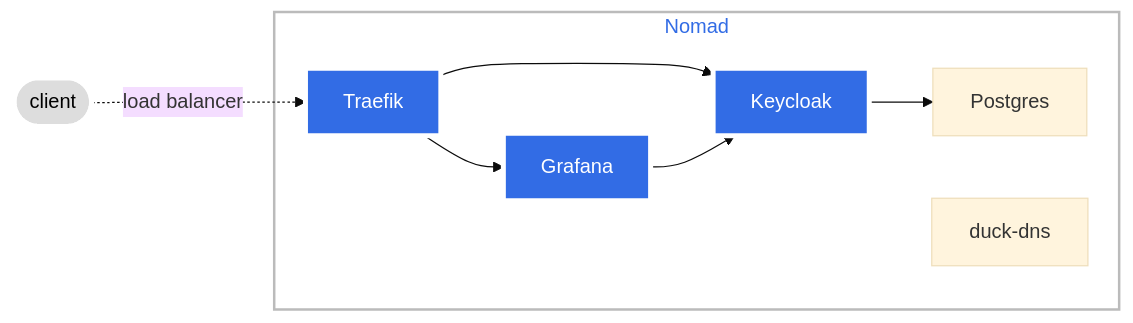
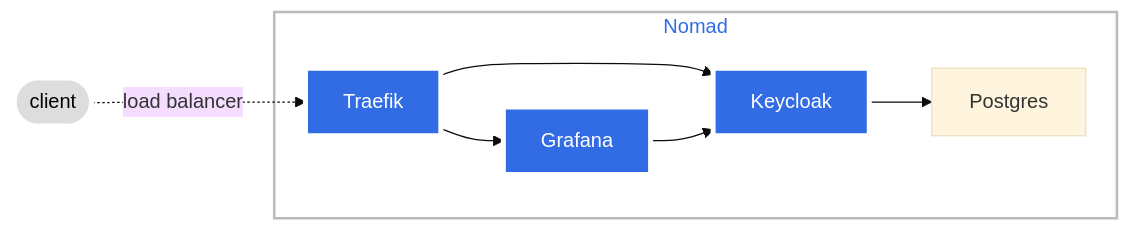
The diagram in README.md (bcirh/hyl-candidate-test), drawn with Mermaid (base theme) before and after one commit.

````diff
--- a/README.md
+++ b/README.md
@@ -3,19 +3,18 @@
 ```mermaid
 graph  LR
   client([client])-.load balancer .->ingress[Traefik];
   ingress;
   subgraph Nomad
   ingress;
   ingress-->pod1[Keyclaoak];
   pod1-->pod3[Postgres];
   ingress-->pod2[Grafana];
-  pod2-->pod1[Keycloak]
-  pod4[duck-dns];
+  pod2-->pod1[Keycloak];
   end
   classDef plain fill:#ddd,stroke:#fff,stroke-width:4px,color:#000;
   classDef k8s fill:#326ce5,stroke:#fff,stroke-width:4px,color:#fff;
   classDef cluster fill:#fff,stroke:#bbb,stroke-width:2px,color:#326ce5;
   class ingress,service,pod1,pod2 k8s;
   class client plain;
   class cluster cluster;
 ```
````
